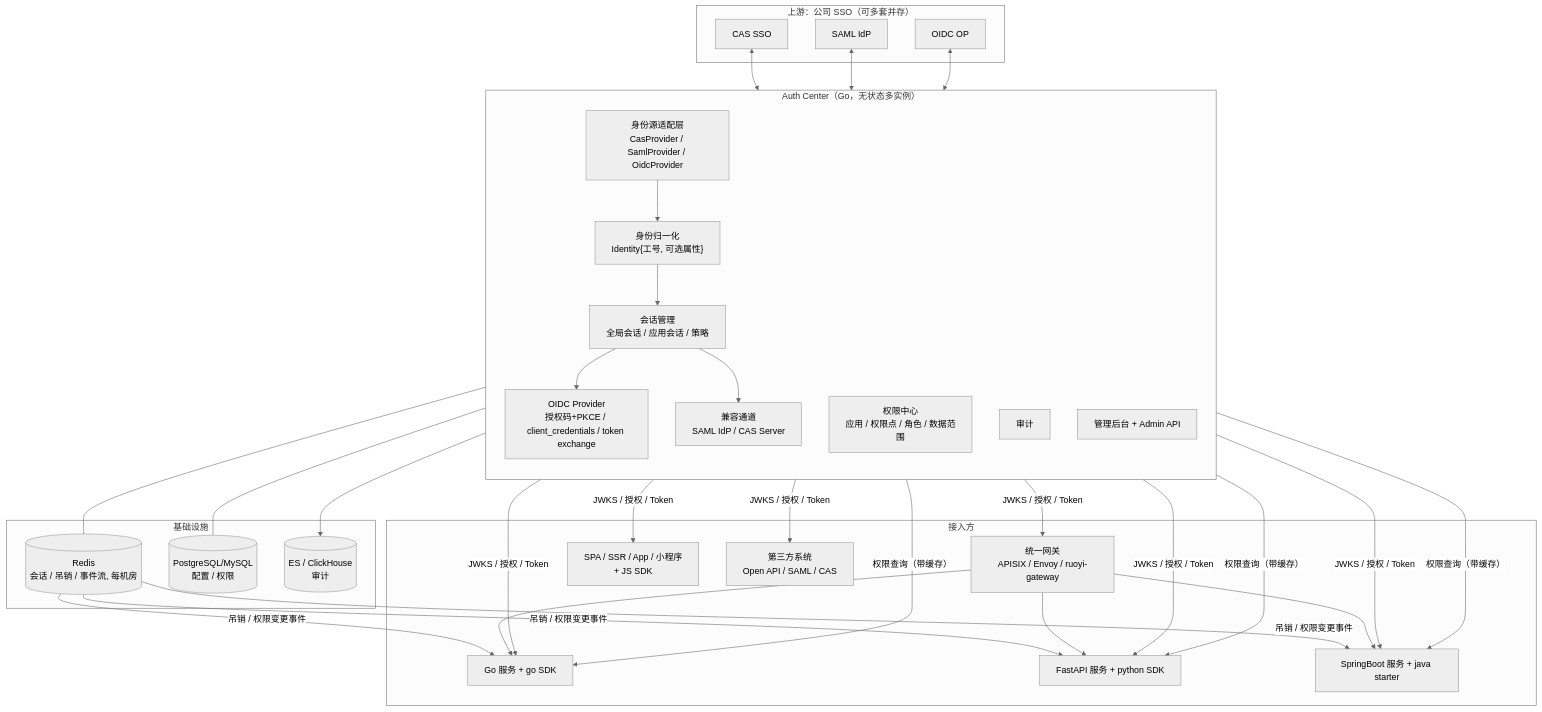
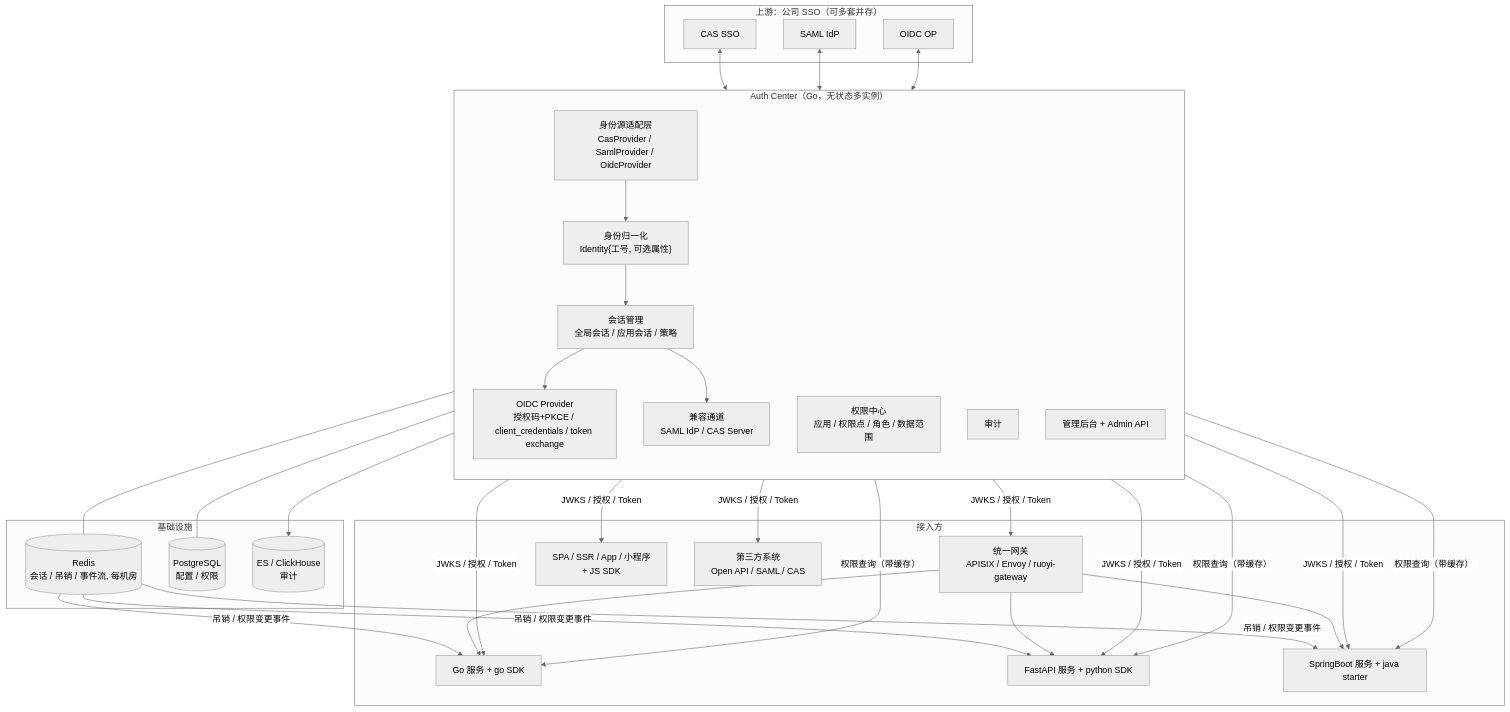
One commit to ygao0928/unified-auth changed the first of 6 diagrams in docs/design.md. Above: the diagram before and after it, drawn with Mermaid (neutral theme). The commit also changed other lines of this file and 1 other file, not shown here.

First line of the commit message:
Choose Chi and PostgreSQL for the auth center.

````diff
--- a/docs/design.md
+++ b/docs/design.md
@@ -57,47 +57,47 @@
 ```mermaid
 flowchart TB
     subgraph Upstream["上游：公司 SSO（可多套并存）"]
         CAS[CAS SSO]
         SAML[SAML IdP]
         OIDC[OIDC OP]
     end
 
     subgraph AC["Auth Center（Go，无状态多实例）"]
         direction TB
         IDP["身份源适配层<br/>CasProvider / SamlProvider / OidcProvider"]
         ID["身份归一化<br/>Identity{工号, 可选属性}"]
         SESS["会话管理<br/>全局会话 / 应用会话 / 策略"]
         OP["OIDC Provider<br/>授权码+PKCE / client_credentials / token exchange"]
         COMPAT["兼容通道<br/>SAML IdP / CAS Server"]
         PERM["权限中心<br/>应用 / 权限点 / 角色 / 数据范围"]
         AUDIT["审计"]
         ADMIN["管理后台 + Admin API"]
         IDP --> ID --> SESS --> OP
         SESS --> COMPAT
     end
 
     CAS & SAML & OIDC <--> IDP
 
     subgraph Infra["基础设施"]
         RDS[(Redis<br/>会话 / 吊销 / 事件流, 每机房)]
-        DB[(PostgreSQL/MySQL<br/>配置 / 权限)]
+        DB[(PostgreSQL<br/>配置 / 权限)]
         LOG[(ES / ClickHouse<br/>审计)]
     end
 
     AC --- RDS & DB
     AUDIT --> LOG
 
     subgraph Apps["接入方"]
         GW["统一网关<br/>APISIX / Envoy / ruoyi-gateway"]
         GO["Go 服务 + go SDK"]
         PY["FastAPI 服务 + python SDK"]
         JV["SpringBoot 服务 + java starter"]
         FE["SPA / SSR / App / 小程序<br/>+ JS SDK"]
         TP["第三方系统<br/>Open API / SAML / CAS"]
     end
 
     OP -- "JWKS / 授权 / Token" --> GW & GO & PY & JV & FE & TP
     RDS -- "吊销 / 权限变更事件" --> GO & PY & JV
     PERM -- "权限查询（带缓存）" --> GO & PY & JV
     GW --> GO & PY & JV
 ```
````
